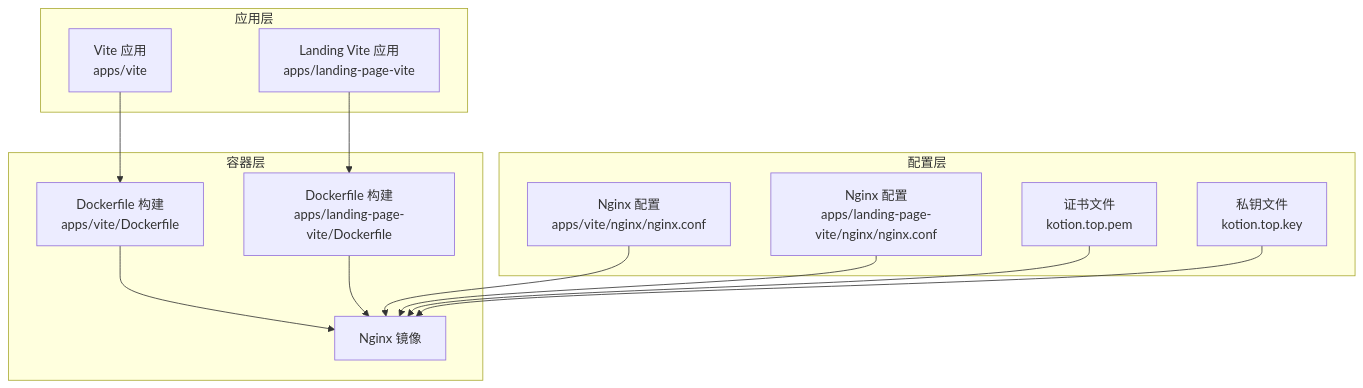
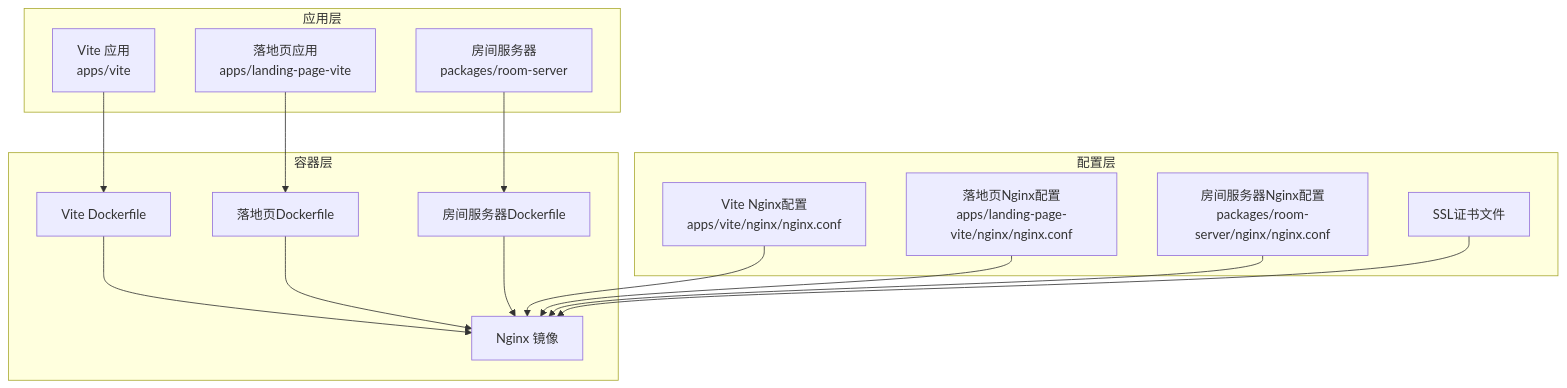
Before and after one commit to LRF0422/Kotion: the first of 4 diagrams in .qoder/repowiki/zh/content/部署配置/Nginx配置.md, drawn with Mermaid. The commit also changed other lines of this file and 75 other files, not shown here.

````diff
--- a/.qoder/repowiki/zh/content/部署配置/Nginx配置.md
+++ b/.qoder/repowiki/zh/content/部署配置/Nginx配置.md
@@ -41,26 +50,30 @@
 ```mermaid
 graph TB
 subgraph "应用层"
 ViteApp["Vite 应用<br/>apps/vite"]
-LandingApp["Landing Vite 应用<br/>apps/landing-page-vite"]
+LandingApp["落地页应用<br/>apps/landing-page-vite"]
+RoomServer["房间服务器<br/>packages/room-server"]
 end
 subgraph "容器层"
 NginxImg["Nginx 镜像"]
-ViteDocker["Dockerfile 构建<br/>apps/vite/Dockerfile"]
-LandingDocker["Dockerfile 构建<br/>apps/landing-page-vite/Dockerfile"]
+ViteDocker["Vite Dockerfile"]
+LandingDocker["落地页Dockerfile"]
+RoomDocker["房间服务器Dockerfile"]
 end
 subgraph "配置层"
-ViteConf["Nginx 配置<br/>apps/vite/nginx/nginx.conf"]
-LandingConf["Nginx 配置<br/>apps/landing-page-vite/nginx/nginx.conf"]
-CertPem["证书文件<br/>kotion.top.pem"]
-CertKey["私钥文件<br/>kotion.top.key"]
+ViteConf["Vite Nginx配置<br/>apps/vite/nginx/nginx.conf"]
+LandingConf["落地页Nginx配置<br/>apps/landing-page-vite/nginx/nginx.conf"]
+RoomConf["房间服务器Nginx配置<br/>packages/room-server/nginx/nginx.conf"]
+CertFiles["SSL证书文件"]
 end
 ViteApp --> ViteDocker
 LandingApp --> LandingDocker
+RoomServer --> RoomDocker
 ViteDocker --> NginxImg
 LandingDocker --> NginxImg
+RoomDocker --> NginxImg
 ViteConf --> NginxImg
 LandingConf --> NginxImg
-CertPem --> NginxImg
-CertKey --> NginxImg
+RoomConf --> NginxImg
+CertFiles --> NginxImg
 ```
````
